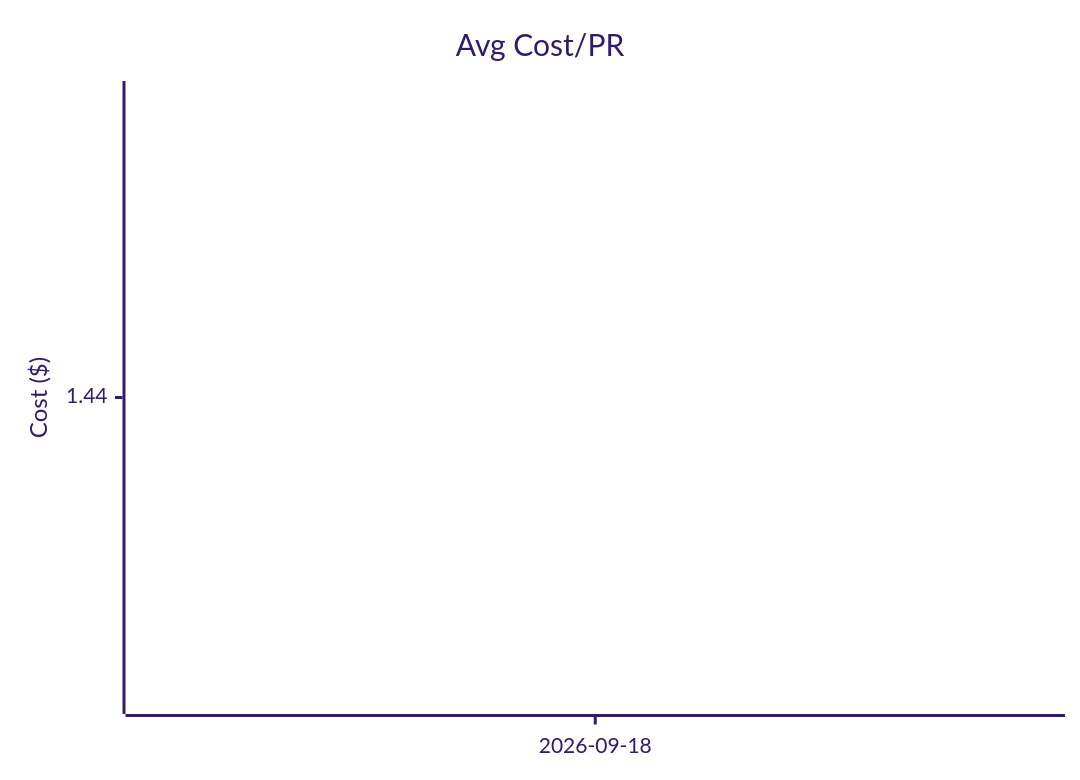
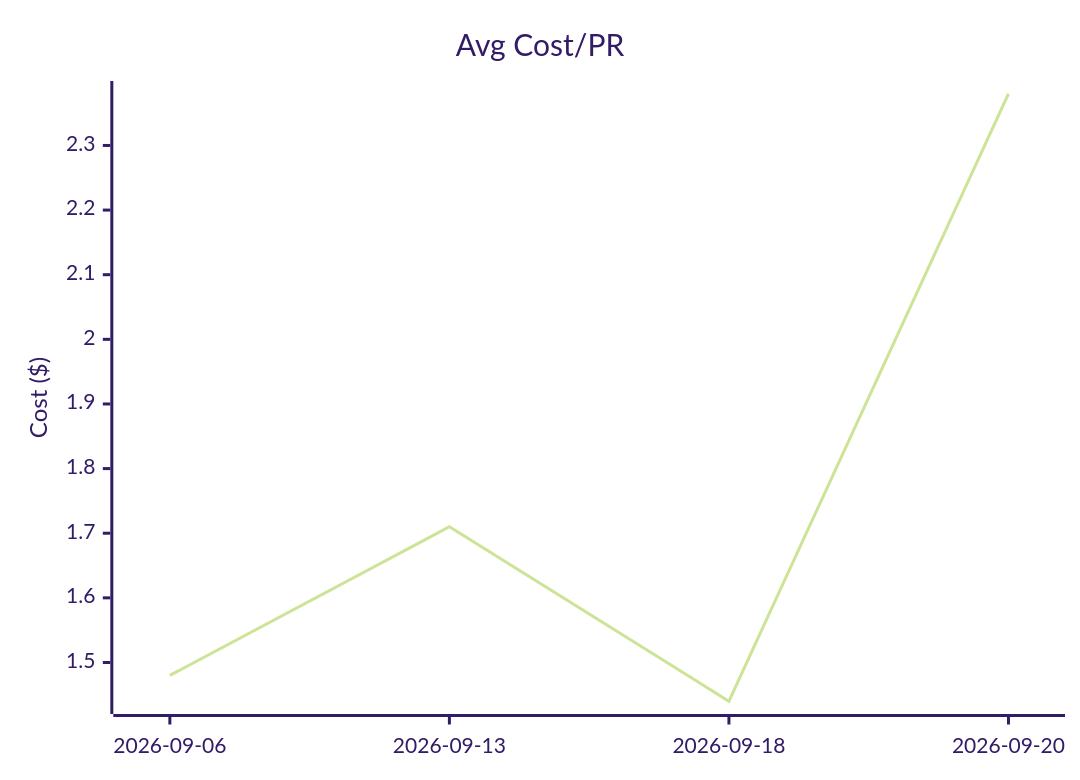
One commit to Sanctum-Origo-Systems/autoloop changed the second of 3 diagrams in EVAL.md. Above: the diagram before and after it, drawn with Mermaid (forest theme). The commit also changed other lines of this file, not shown here.

````diff
--- a/EVAL.md
+++ b/EVAL.md
@@ -32,7 +35,7 @@
 ```mermaid
 xychart-beta
     title "Avg Cost/PR"
-    x-axis ["2026-09-18"]
+    x-axis ["2026-09-06", "2026-09-13", "2026-09-18", "2026-09-20"]
     y-axis "Cost ($)"
-    line [1.44]
+    line [1.48, 1.71, 1.44, 2.38]
 ```
````
